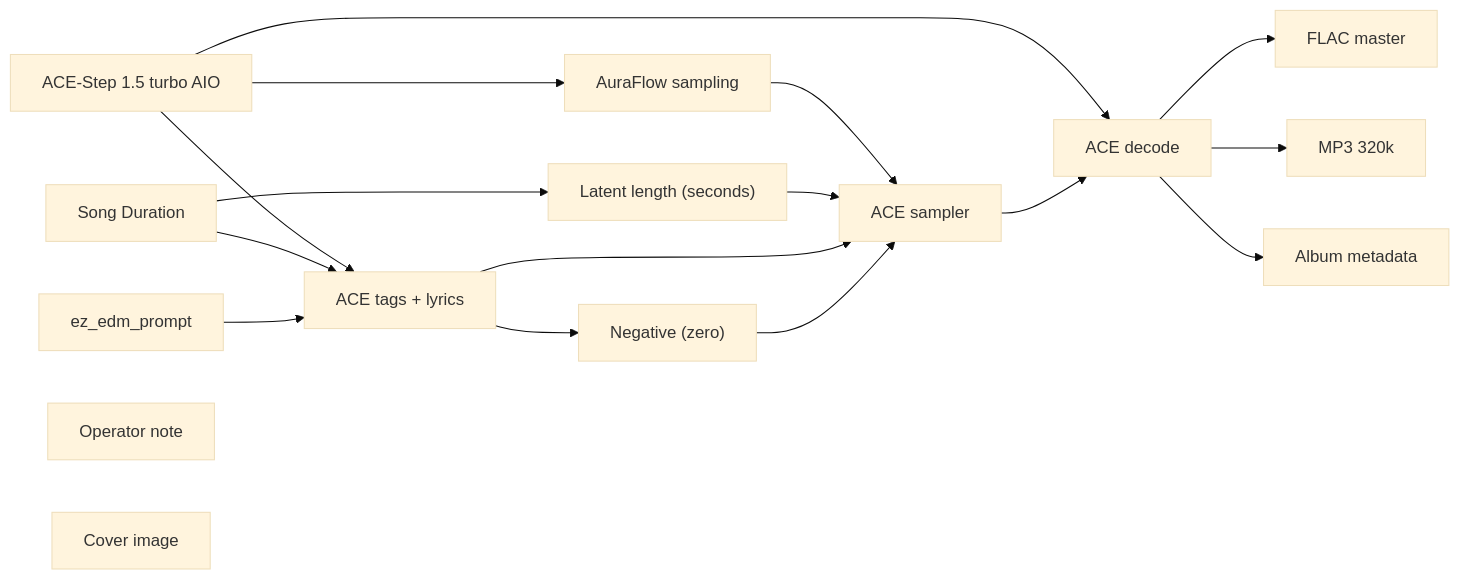
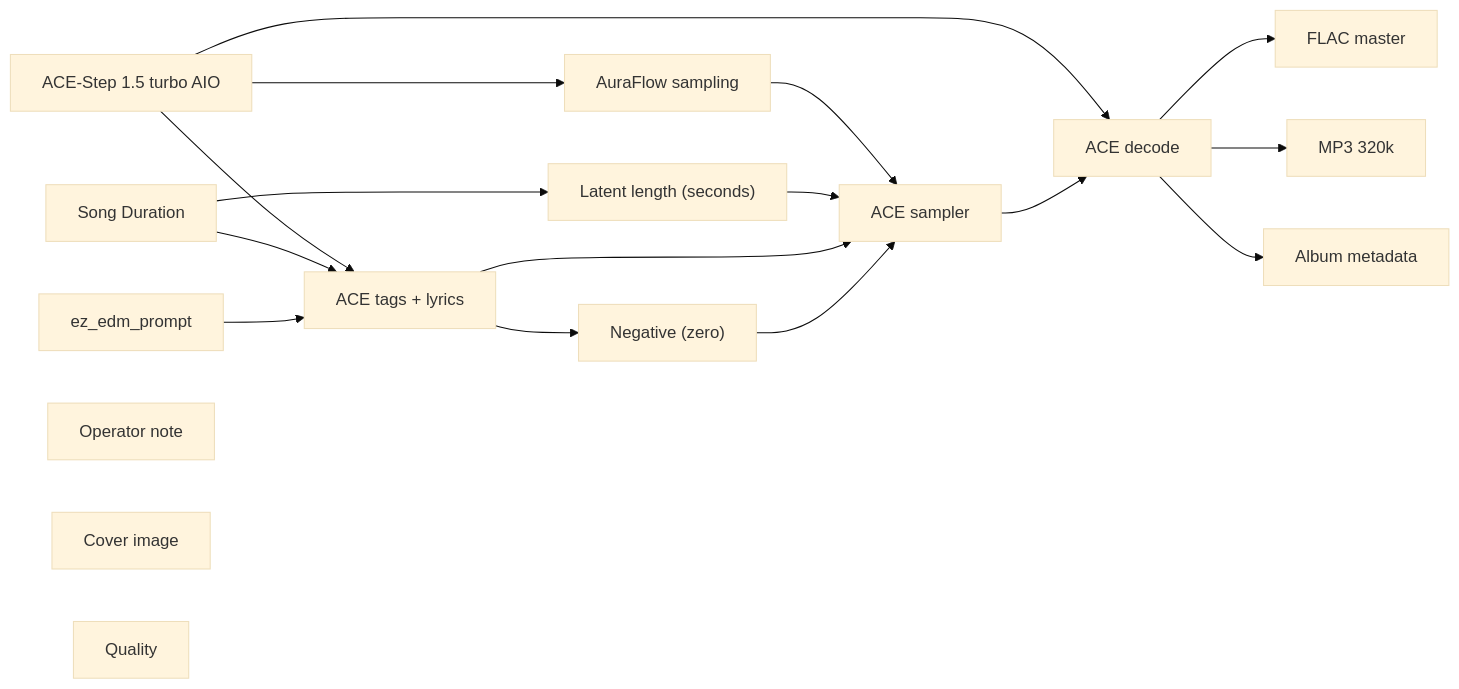
One commit to toxicoder/ez-comfy-stack changed the diagram in docs/generated/workflows/audio/albums/drive-through/afterparty.md. Above: the diagram before and after it, drawn with Mermaid (base theme). The commit also changed other lines of this file and 644 other files, not shown here.

````diff
--- a/docs/generated/workflows/audio/albums/drive-through/afterparty.md
+++ b/docs/generated/workflows/audio/albums/drive-through/afterparty.md
@@ -49,32 +49,33 @@
 ```mermaid
 flowchart LR
   N1["ACE-Step 1.5 turbo AIO"]
   N2["AuraFlow sampling"]
   N3["Song Duration"]
   N4["Latent length (seconds)"]
   N5["ez_edm_prompt"]
   N6["ACE tags + lyrics"]
   N7["Negative (zero)"]
   N8["ACE sampler"]
   N9["ACE decode"]
   N10["FLAC master"]
   N11["MP3 320k"]
   N12["Operator note"]
   N13["Cover image"]
   N14["Album metadata"]
+  N15["Quality"]
   N1 --> N2
   N1 --> N6
   N1 --> N9
   N2 --> N8
   N3 --> N4
   N3 --> N6
   N4 --> N8
   N5 --> N6
   N6 --> N8
   N6 --> N7
   N7 --> N8
   N8 --> N9
   N9 --> N10
   N9 --> N11
   N9 --> N14
 ```
````
